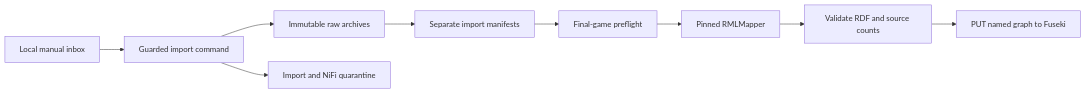
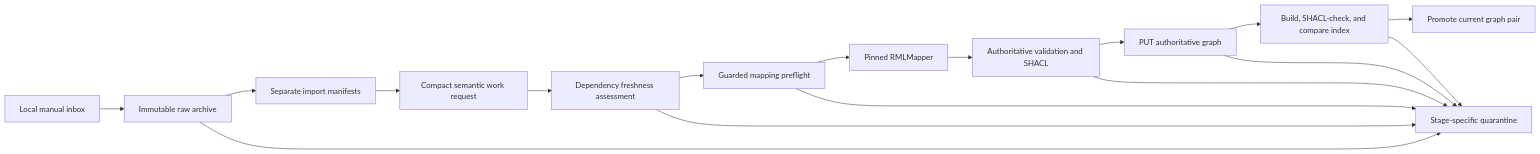
The diagram in Baseball/infra/nifi/README.md (CarterBeauBenson/BaseballO), drawn with Mermaid before and after one commit. The commit also changed other lines of this file and 17 other files, not shown here.

Commit message:
Move per-game semantic orchestration into NiFi

````diff
--- a/Baseball/infra/nifi/README.md
+++ b/Baseball/infra/nifi/README.md
@@ -5,11 +5,19 @@
 ```mermaid
 flowchart LR
-    S[Local manual inbox] --> H[Guarded import command]
-    H --> A[Immutable raw archives]
+    S[Local manual inbox] --> A[Immutable raw archive]
     A --> M[Separate import manifests]
-    M --> R[Final-game preflight]
+    M --> W[Compact semantic work request]
+    W --> D[Dependency freshness assessment]
+    D --> R[Guarded mapping preflight]
     R --> X[Pinned RMLMapper]
-    X --> V[Validate RDF and source counts]
-    V --> G[PUT named graph to Fuseki]
-    H --> Q[Import and NiFi quarantine]
+    X --> V[Authoritative validation and SHACL]
+    V --> G[PUT authoritative graph]
+    G --> I[Build, SHACL-check, and compare index]
+    I --> P[Promote current graph pair]
+    A --> Q[Stage-specific quarantine]
+    D --> Q
+    R --> Q
+    V --> Q
+    G --> Q
+    I --> Q
 ```
````
